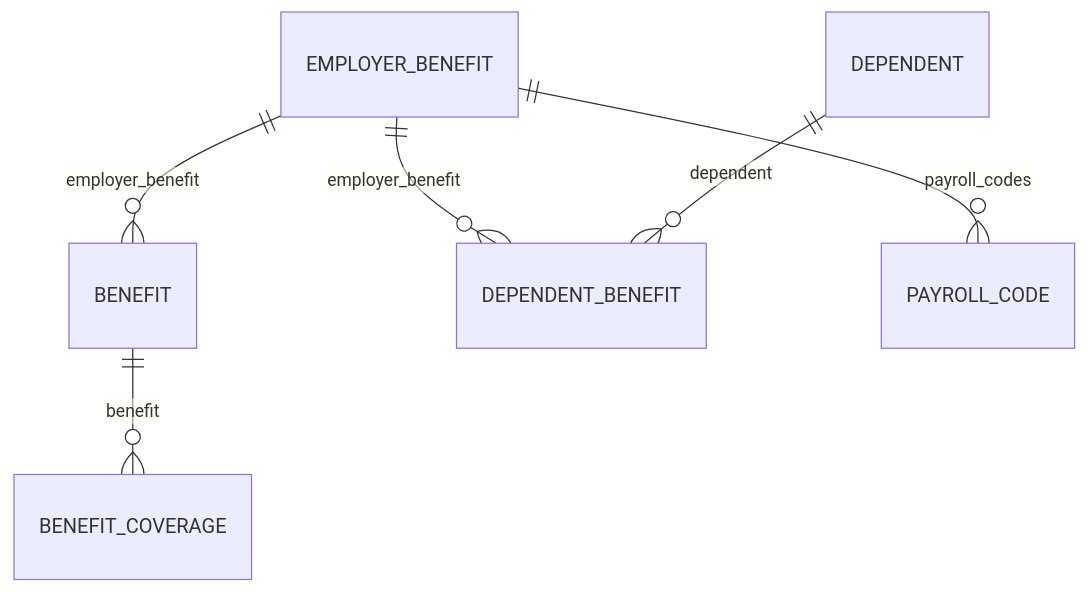
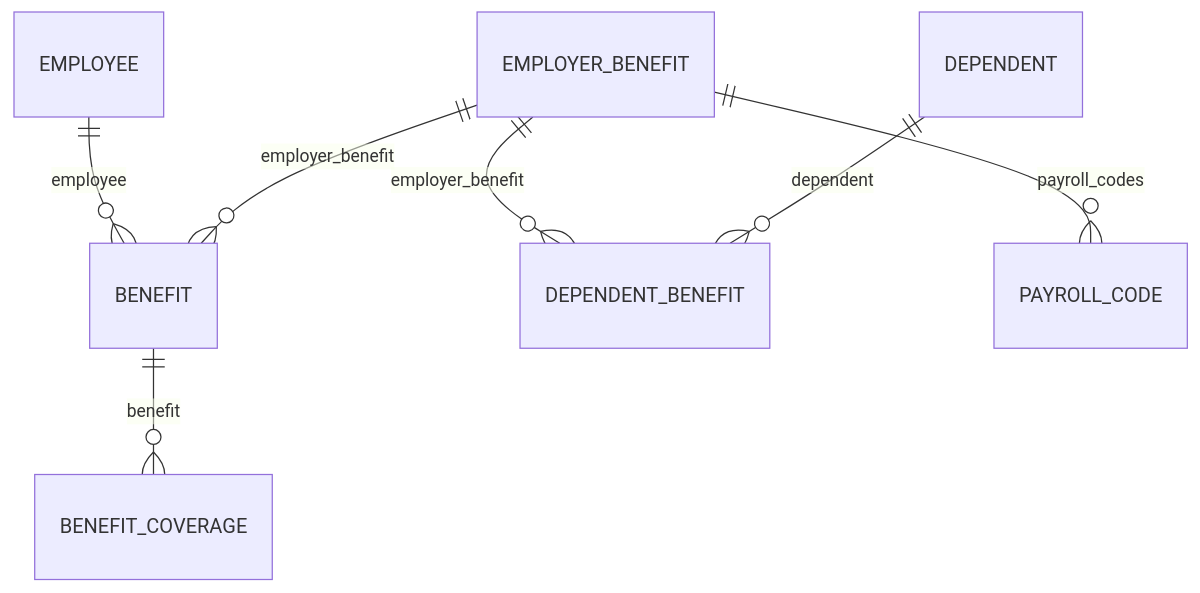
The diagram in guides/data-models/benefits.mdx (kaval1810/bindbee-docs-test), drawn with Mermaid before and after one commit. The commit also changed other lines of this file and 6 other files, not shown here.

````diff
--- a/guides/data-models/benefits.mdx
+++ b/guides/data-models/benefits.mdx
@@ -31,8 +28,9 @@
 ```mermaid
 erDiagram
+    EMPLOYEE ||--o{ BENEFIT : "employee"
     EMPLOYER_BENEFIT ||--o{ BENEFIT : "employer_benefit"
     EMPLOYER_BENEFIT ||--o{ DEPENDENT_BENEFIT : "employer_benefit"
     EMPLOYER_BENEFIT ||--o{ PAYROLL_CODE : "payroll_codes"
     BENEFIT ||--o{ BENEFIT_COVERAGE : "benefit"
     DEPENDENT ||--o{ DEPENDENT_BENEFIT : "dependent"
 ```
````
